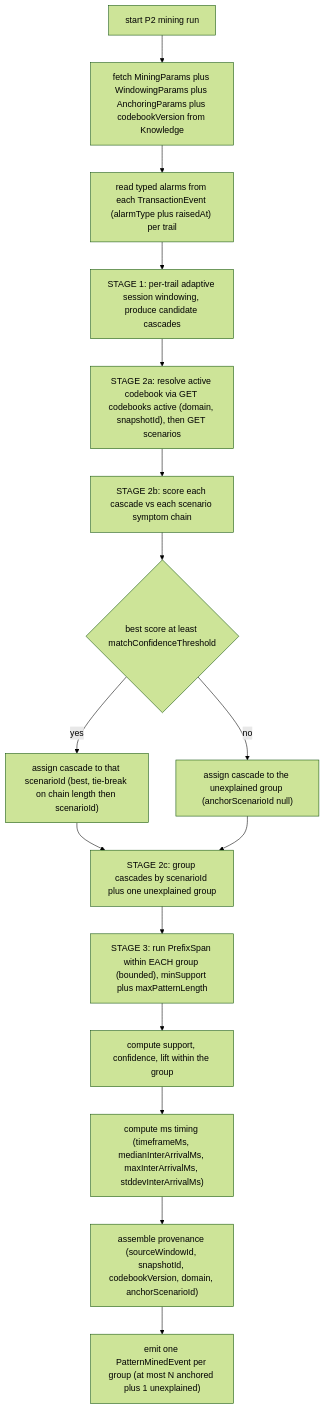
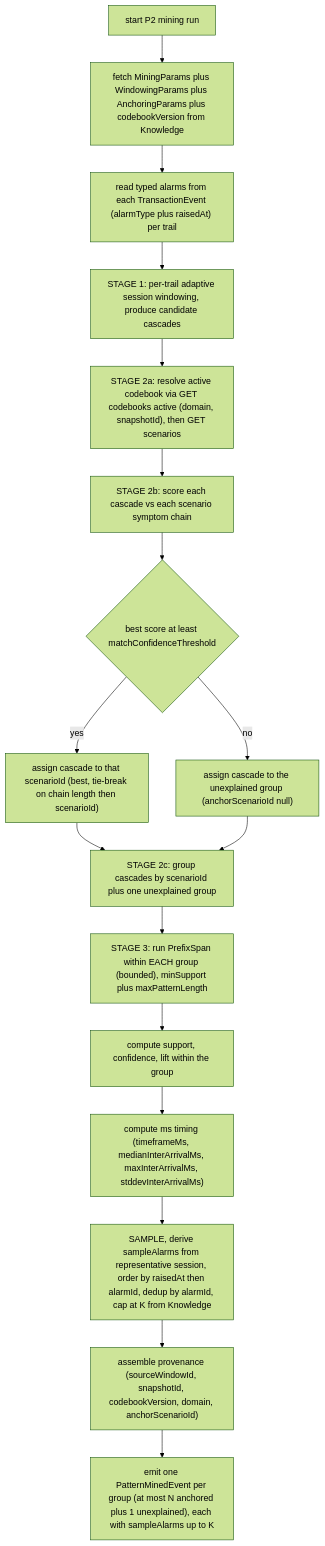
One commit to nikhilmohan/correlation-platform changed the sixth of 8 diagrams in services/pattern-miner/design.md. Above: the diagram before and after it, drawn with Mermaid (forest theme). The commit also changed other lines of this file, not shown here.

First line of the commit message:
design(pattern-miner): sampleAlarms[] XAI member-alarm evidence on PatternMinedEvent

````diff
--- a/services/pattern-miner/design.md
+++ b/services/pattern-miner/design.md
@@ -349,18 +417,19 @@
 ```mermaid
 flowchart TD
   S["start P2 mining run"] --> P["fetch MiningParams plus WindowingParams plus AnchoringParams plus codebookVersion from Knowledge"]
   P --> READ["read typed alarms from each TransactionEvent (alarmType plus raisedAt) per trail"]
   READ --> S1["STAGE 1: per-trail adaptive session windowing, produce candidate cascades"]
   S1 --> RESOLVE["STAGE 2a: resolve active codebook via GET codebooks active (domain, snapshotId), then GET scenarios"]
   RESOLVE --> MATCH["STAGE 2b: score each cascade vs each scenario symptom chain"]
   MATCH --> THRESH{"best score at least matchConfidenceThreshold"}
   THRESH -- yes --> ANCHOR["assign cascade to that scenarioId (best, tie-break on chain length then scenarioId)"]
   THRESH -- no --> UNEXP["assign cascade to the unexplained group (anchorScenarioId null)"]
   ANCHOR --> GROUP["STAGE 2c: group cascades by scenarioId plus one unexplained group"]
   UNEXP --> GROUP
   GROUP --> S3["STAGE 3: run PrefixSpan within EACH group (bounded), minSupport plus maxPatternLength"]
   S3 --> METR["compute support, confidence, lift within the group"]
   METR --> TIM["compute ms timing (timeframeMs, medianInterArrivalMs, maxInterArrivalMs, stddevInterArrivalMs)"]
-  TIM --> PROV["assemble provenance (sourceWindowId, snapshotId, codebookVersion, domain, anchorScenarioId)"]
-  PROV --> EMIT["emit one PatternMinedEvent per group (at most N anchored plus 1 unexplained)"]
+  TIM --> SAMP["SAMPLE, derive sampleAlarms from representative session, order by raisedAt then alarmId, dedup by alarmId, cap at K from Knowledge"]
+  SAMP --> PROV["assemble provenance (sourceWindowId, snapshotId, codebookVersion, domain, anchorScenarioId)"]
+  PROV --> EMIT["emit one PatternMinedEvent per group (at most N anchored plus 1 unexplained), each with sampleAlarms up to K"]
 ```
````
